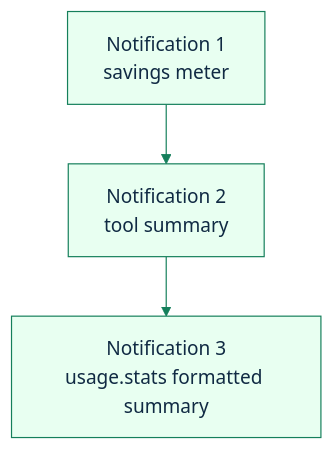
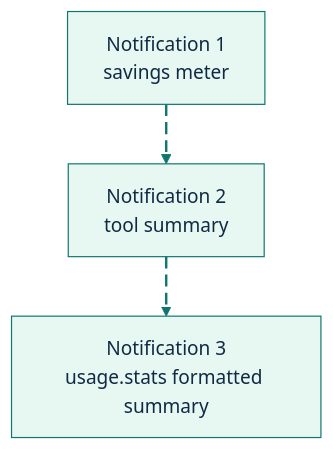
One commit to GlitterKill/sdl-mcp changed the second of 3 diagrams in docs/feature-deep-dives/token-savings-meter.md. Above: the diagram before and after it, drawn with Mermaid. The commit also changed other lines of this file and 33 other files, not shown here.

First line of the commit message:
docs: update mermaid diagram themes and styling across documentation

````diff
--- a/docs/feature-deep-dives/token-savings-meter.md
+++ b/docs/feature-deep-dives/token-savings-meter.md
@@ -217,9 +230,19 @@
 ```mermaid
-%%{init: {"theme":"base","themeVariables":{"primaryColor":"#e8fff1","primaryBorderColor":"#157f5b","primaryTextColor":"#102a43","secondaryColor":"#eef6ff","secondaryBorderColor":"#2563eb","tertiaryColor":"#fff4d6","tertiaryBorderColor":"#b45309","lineColor":"#157f5b","fontFamily":"Trebuchet MS, Arial"},"flowchart":{"curve":"basis"}}}%%
+%%{init: {"theme":"base","themeVariables":{"background":"#ffffff","primaryColor":"#E7F8F2","primaryBorderColor":"#0F766E","primaryTextColor":"#102A43","secondaryColor":"#E8F1FF","secondaryBorderColor":"#2563EB","secondaryTextColor":"#102A43","tertiaryColor":"#FFF4D6","tertiaryBorderColor":"#B45309","tertiaryTextColor":"#102A43","lineColor":"#0F766E","textColor":"#102A43","fontFamily":"Inter, ui-sans-serif, system-ui, -apple-system, BlinkMacSystemFont, Segoe UI, sans-serif"},"flowchart":{"curve":"basis","htmlLabels":true}}}%%
 flowchart TD
     N1["Notification 1<br/>savings meter"]
     N2["Notification 2<br/>tool summary"]
     N3["Notification 3<br/>usage.stats formatted summary"]
 
-    N1 --> N2 --> N3
+    N1 e1@--> N2
+    N2 e2@--> N3
+
+    classDef source fill:#E7F8F2,stroke:#0F766E,stroke-width:2px,color:#102A43;
+    classDef process fill:#E8F1FF,stroke:#2563EB,stroke-width:2px,color:#102A43;
+    classDef decision fill:#FFF4D6,stroke:#B45309,stroke-width:2px,color:#102A43;
+    classDef storage fill:#F2E8FF,stroke:#7C3AED,stroke-width:2px,color:#102A43;
+    classDef output fill:#FFE8EF,stroke:#BE123C,stroke-width:2px,color:#102A43;
+    classDef muted fill:#F8FAFC,stroke:#64748B,stroke-width:1px,color:#102A43;
+    classDef animate stroke:#0F766E,stroke-width:2px,stroke-dasharray:10\,5,stroke-dashoffset:900,animation:dash 22s linear infinite;
+    class e1,e2 animate;
 ```
````
